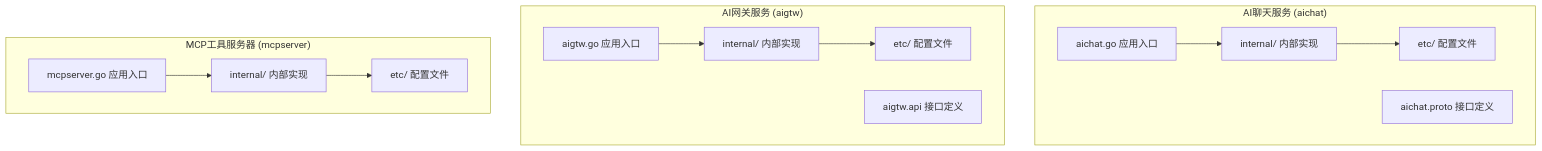
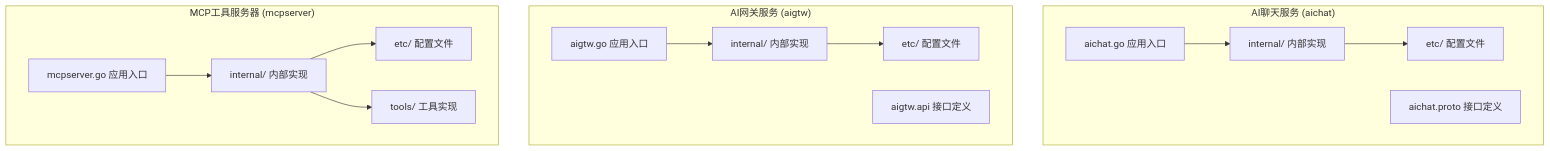
One commit to maomao94/zero-service changed the first of 14 diagrams in .qoder/repowiki/zh/content/AI聊天服务迁移指南.md. Above: the diagram before and after it, drawn with Mermaid. The commit also changed other lines of this file and 42 other files, not shown here.

````diff
--- a/.qoder/repowiki/zh/content/AI聊天服务迁移指南.md
+++ b/.qoder/repowiki/zh/content/AI聊天服务迁移指南.md
@@ -46,26 +66,28 @@
 ```mermaid
 graph TB
 subgraph "AI聊天服务 (aichat)"
 A[aichat.go 应用入口]
 B[internal/ 内部实现]
 C[etc/ 配置文件]
 D[aichat.proto 接口定义]
 end
 subgraph "AI网关服务 (aigtw)"
 E[aigtw.go 应用入口]
 F[internal/ 内部实现]
 G[etc/ 配置文件]
 H[aigtw.api 接口定义]
 end
 subgraph "MCP工具服务器 (mcpserver)"
 I[mcpserver.go 应用入口]
 J[internal/ 内部实现]
 K[etc/ 配置文件]
+L[tools/ 工具实现]
 end
 A --> B
 E --> F
 I --> J
 B --> C
 F --> G
 J --> K
+J --> L
 ```
````
